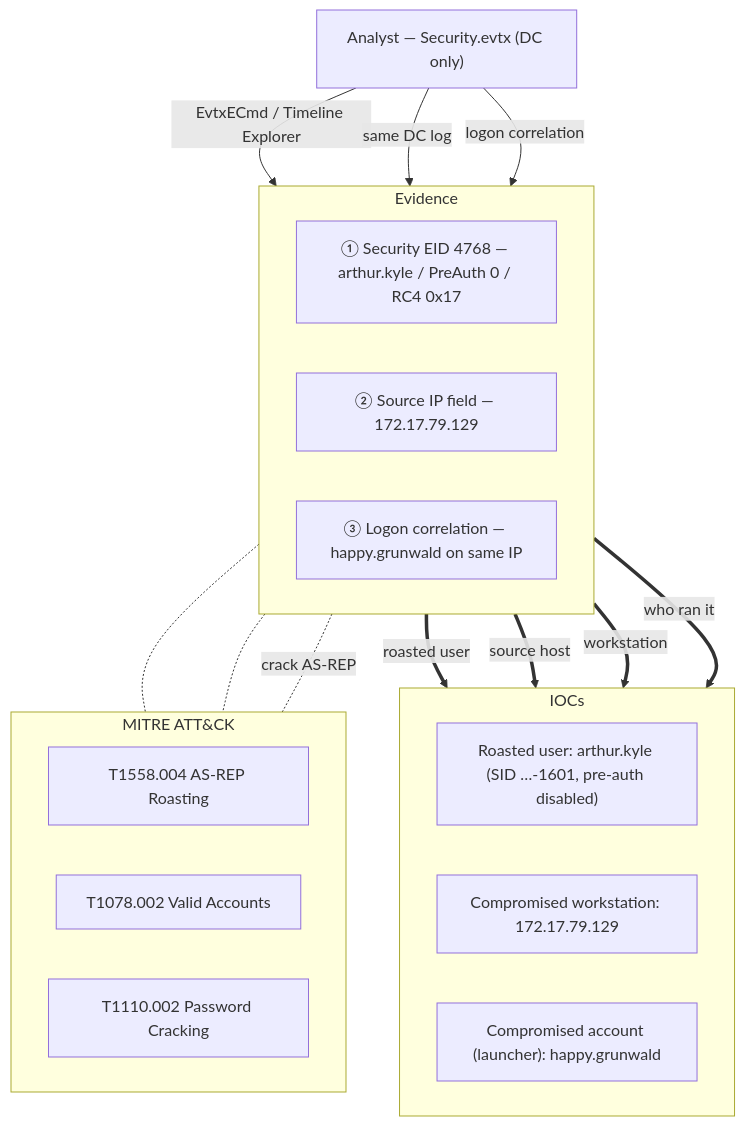
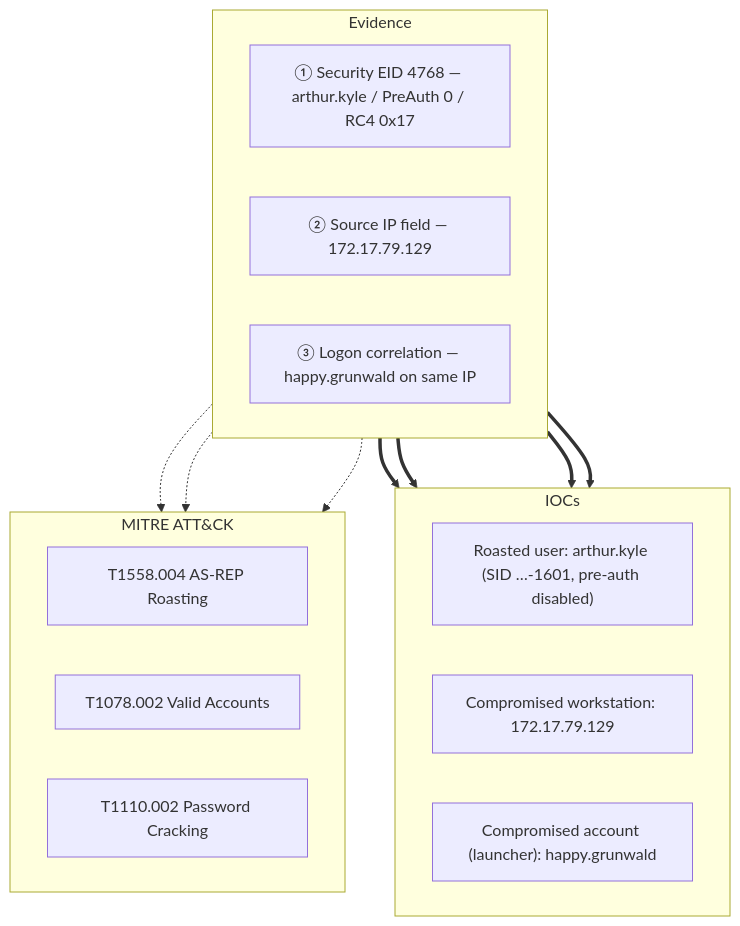
One commit to morimori-dev/morimori-dev.github.io changed the diagram in _posts/2026-06-23-htb-sherlock-campfire-2.md. Above: the diagram before and after it, drawn with Mermaid. The commit also changed 11 other files, not shown here.

````diff
--- a/_posts/2026-06-23-htb-sherlock-campfire-2.md
+++ b/_posts/2026-06-23-htb-sherlock-campfire-2.md
@@ -142,36 +142,32 @@
 ```mermaid
 flowchart TB
-    ANALYST["Analyst — Security.evtx (DC only)"]
 
     subgraph EVID["Evidence"]
         direction LR
         V1["① Security EID 4768 — arthur.kyle / PreAuth 0 / RC4 0x17"]
         V2["② Source IP field — 172.17.79.129"]
         V3["③ Logon correlation — happy.grunwald on same IP"]
     end
 
     subgraph IOCS["IOCs"]
         direction LR
         O1["Roasted user: arthur.kyle (SID …-1601, pre-auth disabled)"]
         O2["Compromised workstation: 172.17.79.129"]
         O3["Compromised account (launcher): happy.grunwald"]
     end
 
     subgraph ATTACK["MITRE ATT&CK"]
         direction LR
         T1["T1558.004 AS-REP Roasting"]
         T2["T1078.002 Valid Accounts"]
         T3["T1110.002 Password Cracking"]
     end
 
-    ANALYST -->|"EvtxECmd / Timeline Explorer"| V1
-    V1 ==>|"roasted user"| O1
-    V1 ==>|"source host"| O2
-    ANALYST -->|"same DC log"| V2
-    V2 ==>|"workstation"| O2
-    ANALYST -->|"logon correlation"| V3
-    V3 ==>|"who ran it"| O3
-    V1 -.- T1
-    V3 -.- T2
-    V1 -.-|"crack AS-REP"| T3
+    V1 ==> O1
+    V1 ==> O2
+    V2 ==> O2
+    V3 ==> O3
+    V1 -.-> T1
+    V3 -.-> T2
+    V1 -.-> T3
 ```
````
